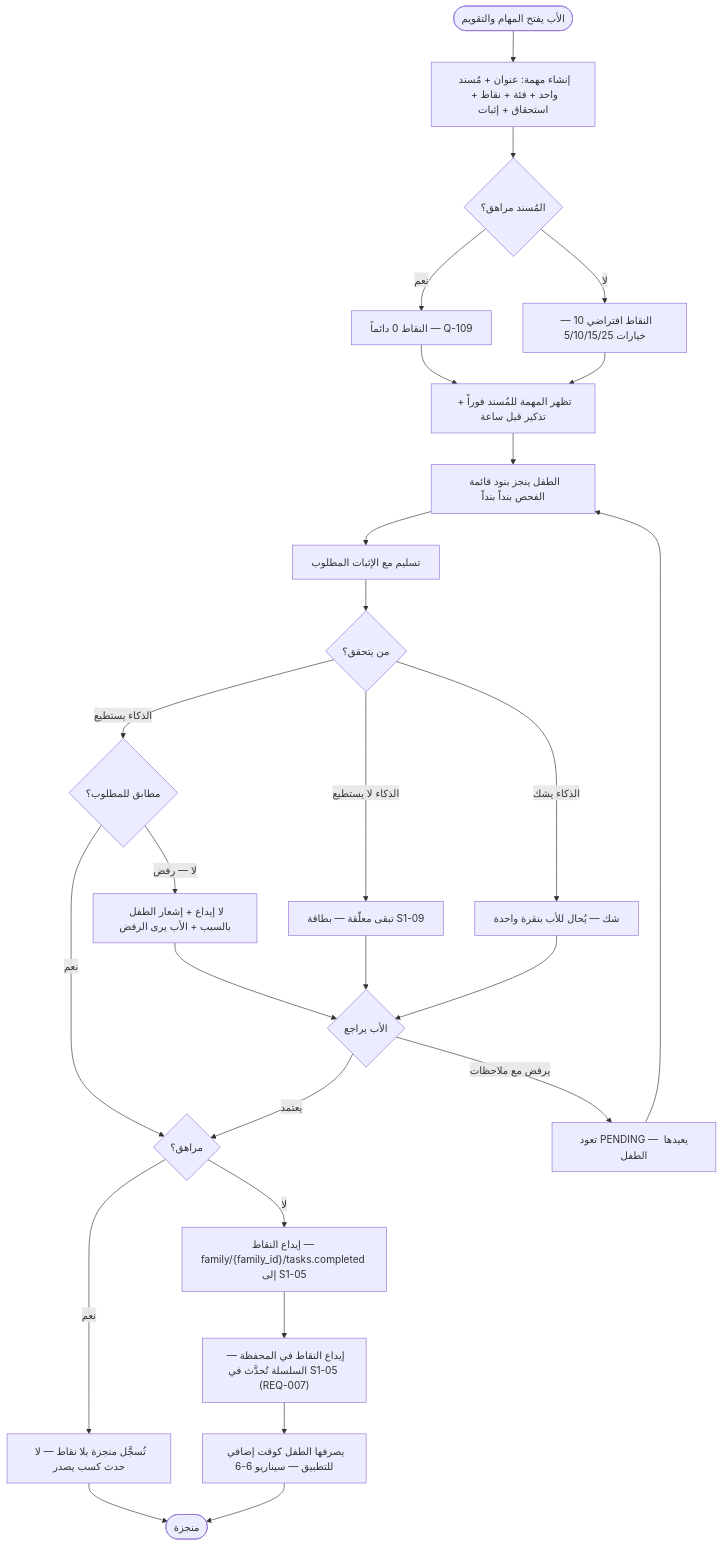
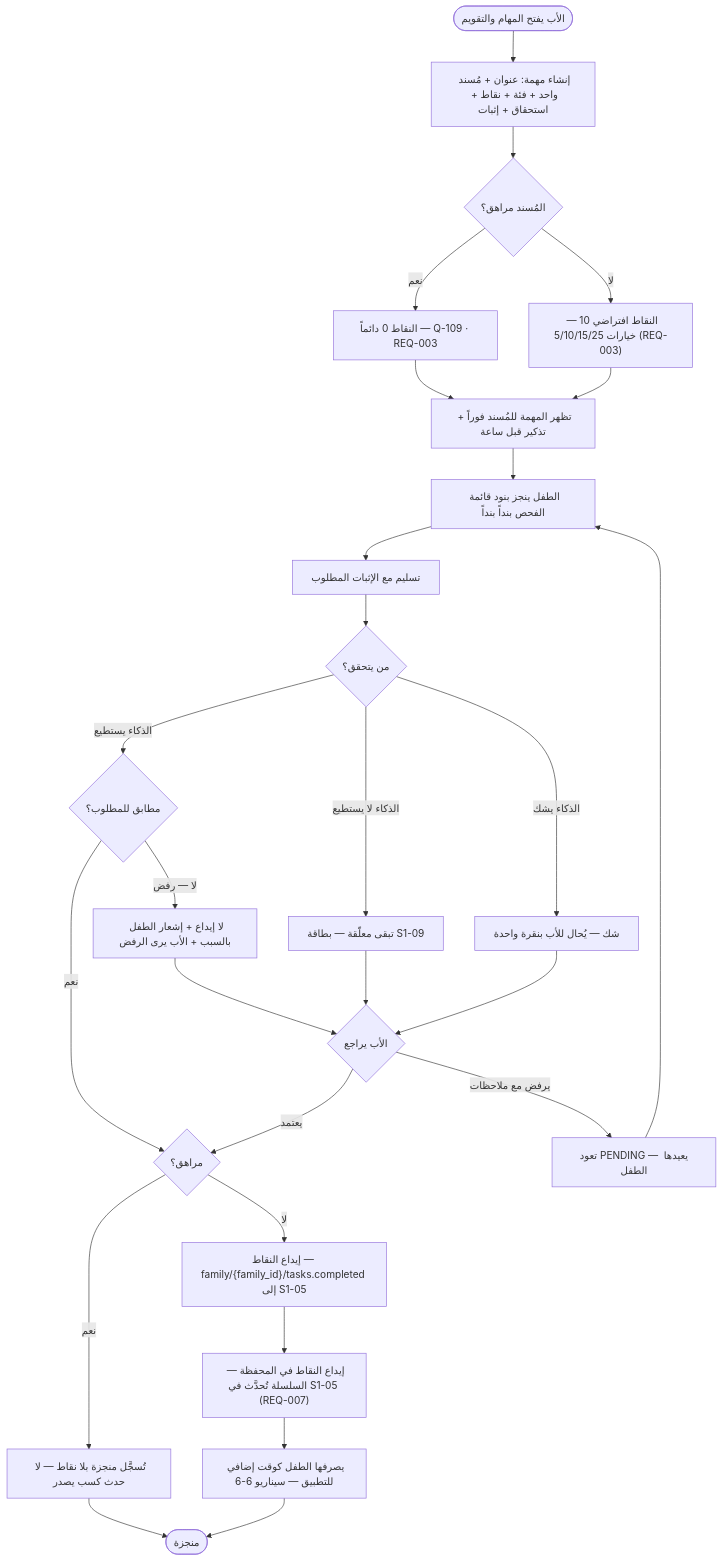
One commit to Bassam-mohammed-alqaeadi/family-os-v2 changed the tenth of 12 diagrams in docs/family-os/governance/phases/phase-1/S1-06-tasks-and-calendar/DIAGRAMS.md. Above: the diagram before and after it, drawn with Mermaid. The commit also changed other lines of this file, not shown here.

Commit message:
S1-06 DIAGRAMS: إصلاحات D-2 — Q-282 تفعيل التكرار صراحةً في 3-هـ؛ version في ERD (task + calendar_event)؛ Q-253 عواقب الإلغاء + فرع إلغاء في §6؛ 3-ب مخزن الإثبات؛ 3-ج بديل الرفض يتفرع من التحقق + اعتماد الأب داخله؛ MinIO --> UC5؛ أوسمة REQ-003/011/012/013

````diff
--- a/docs/family-os/governance/phases/phase-1/S1-06-tasks-and-calendar/DIAGRAMS.md
+++ b/docs/family-os/governance/phases/phase-1/S1-06-tasks-and-calendar/DIAGRAMS.md
@@ -383,29 +396,29 @@
 ```mermaid
 flowchart TD
     Start([الأب يفتح المهام والتقويم]) --> Create[إنشاء مهمة: عنوان + مُسند واحد + فئة + نقاط + استحقاق + إثبات]
     Create --> TeenQ{المُسند مراهق؟}
-    TeenQ -->|نعم| Zero[النقاط 0 دائماً — Q-109]
-    TeenQ -->|لا| Points[النقاط افتراضي 10 — خيارات 5/10/15/25]
+    TeenQ -->|نعم| Zero[النقاط 0 دائماً — Q-109 · REQ-003]
+    TeenQ -->|لا| Points["النقاط افتراضي 10 — خيارات 5/10/15/25 (REQ-003)"]
     Zero --> Show[تظهر المهمة للمُسند فوراً + تذكير قبل ساعة]
     Points --> Show
     Show --> Do[الطفل ينجز بنود قائمة الفحص بنداً بنداً]
     Do --> Submit[تسليم مع الإثبات المطلوب]
     Submit --> Who{من يتحقق؟}
     Who -->|الذكاء يستطيع| AIOK{مطابق للمطلوب؟}
     AIOK -->|نعم| TeenCheck{مراهق؟}
     AIOK -->|لا — رفض| Notify[لا إيداع + إشعار الطفل بالسبب + الأب يرى الرفض]
     Who -->|الذكاء لا يستطيع| Pending[تبقى معلّقة — بطاقة S1-09]
     Who -->|الذكاء يشك| Doubt[شك — يُحال للأب بنقرة واحدة]
     Doubt --> FatherRev
     Pending --> FatherRev{الأب يراجع}
     FatherRev -->|يعتمد| TeenCheck
     FatherRev -->|يرفض مع ملاحظات| Back[تعود PENDING — يعيدها الطفل]
     Back --> Do
     Notify --> FatherRev
     TeenCheck -->|نعم| NoEvent[تُسجَّل منجزة بلا نقاط — لا حدث كسب يصدر]
     TeenCheck -->|لا| Deposit["إيداع النقاط — family/{family_id}/tasks.completed إلى S1-05"]
     Deposit --> Streak["إيداع النقاط في المحفظة — السلسلة تُحدَّث في S1-05 (REQ-007)"]
     Streak --> Spend[يصرفها الطفل كوقت إضافي للتطبيق — سيناريو 6-6]
     NoEvent --> End([منجزة])
     Spend --> End
 ```
````
